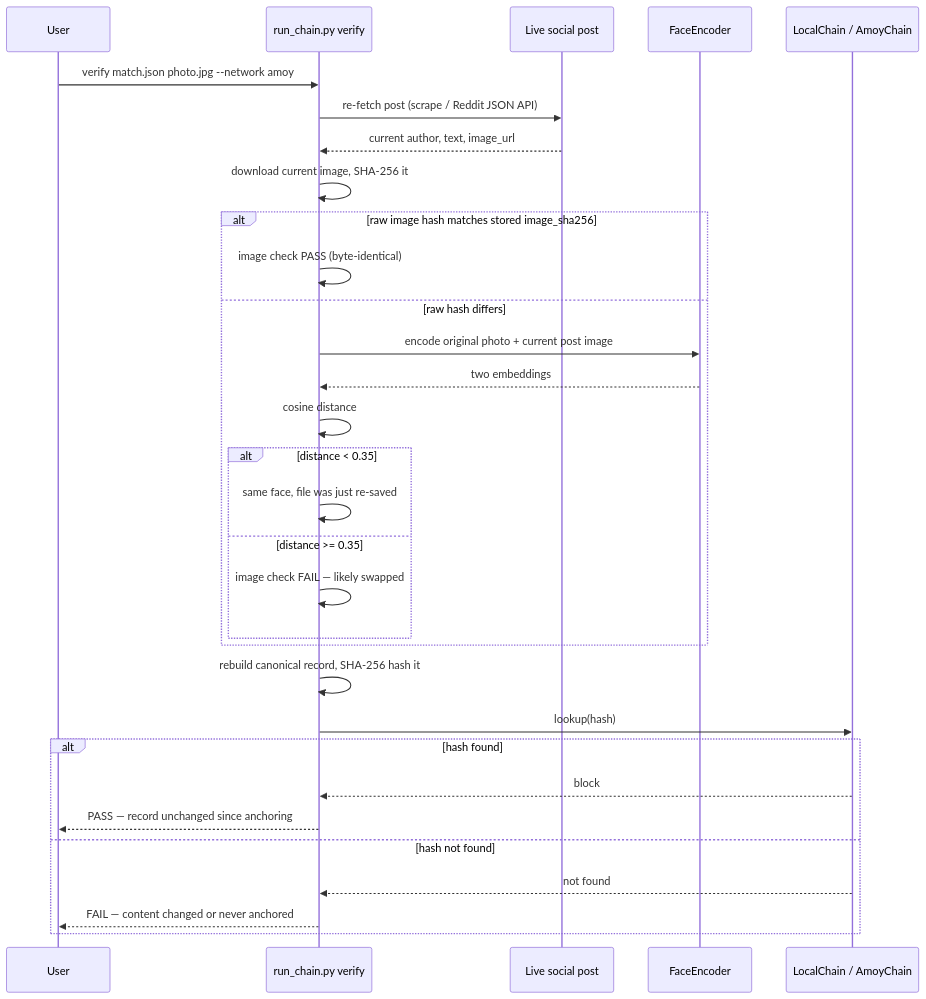
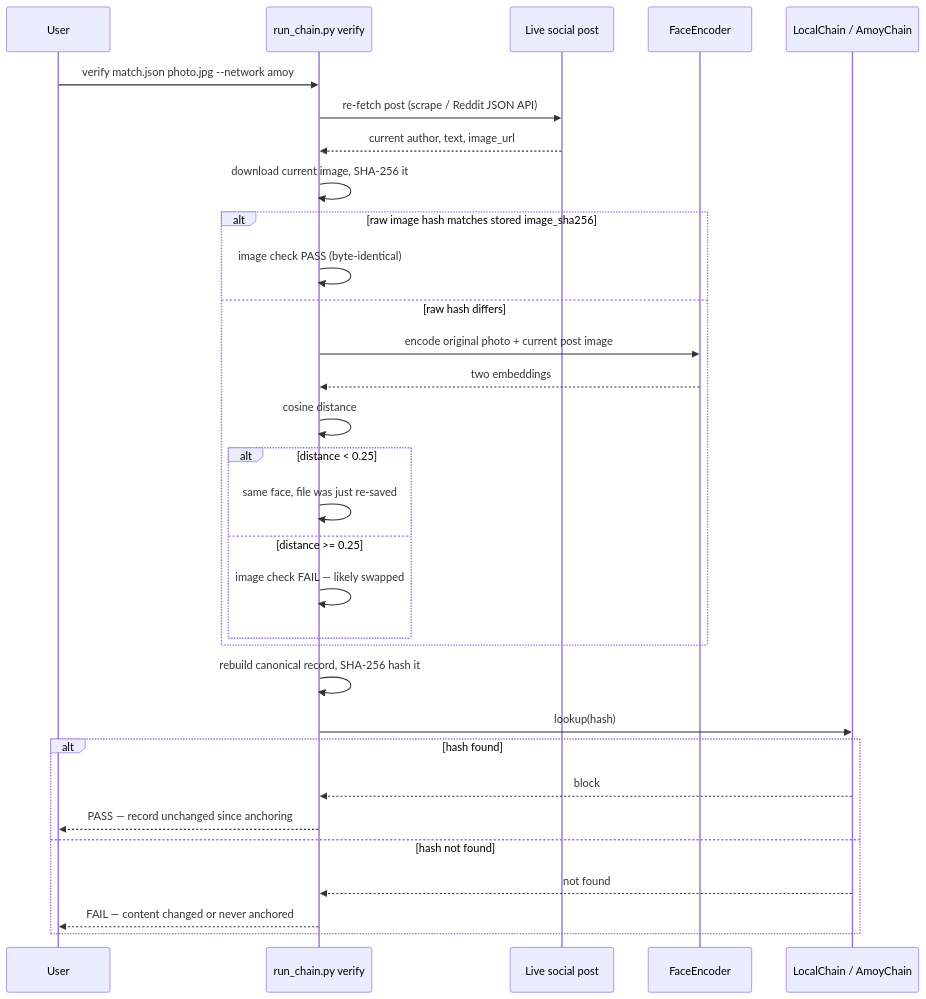
Before and after one commit to Yosuf20/FaceRecognition_BlockChain: the third of 4 diagrams in README.md, drawn with Mermaid. The commit also changed other lines of this file and 4 other files, not shown here.

````diff
--- a/README.md
+++ b/README.md
@@ -212,36 +214,36 @@
 ```mermaid
 sequenceDiagram
     participant U as User
     participant CLI as run_chain.py verify
     participant Post as Live social post
     participant Enc as FaceEncoder
     participant Chain as LocalChain / AmoyChain
 
     U->>CLI: verify match.json photo.jpg --network amoy
     CLI->>Post: re-fetch post (scrape / Reddit JSON API)
     Post-->>CLI: current author, text, image_url
 
     CLI->>CLI: download current image, SHA-256 it
     alt raw image hash matches stored image_sha256
         CLI->>CLI: image check PASS (byte-identical)
     else raw hash differs
         CLI->>Enc: encode original photo + current post image
         Enc-->>CLI: two embeddings
         CLI->>CLI: cosine distance
-        alt distance < 0.35
+        alt distance < 0.25
             CLI->>CLI: same face, file was just re-saved
-        else distance >= 0.35
+        else distance >= 0.25
             CLI->>CLI: image check FAIL — likely swapped
         end
     end
 
     CLI->>CLI: rebuild canonical record, SHA-256 hash it
     CLI->>Chain: lookup(hash)
     alt hash found
         Chain-->>CLI: block # (local) / submitter + timestamp (amoy)
         CLI-->>U: PASS — record unchanged since anchoring
     else hash not found
         Chain-->>CLI: not found
         CLI-->>U: FAIL — content changed or never anchored
     end
 ```
````
